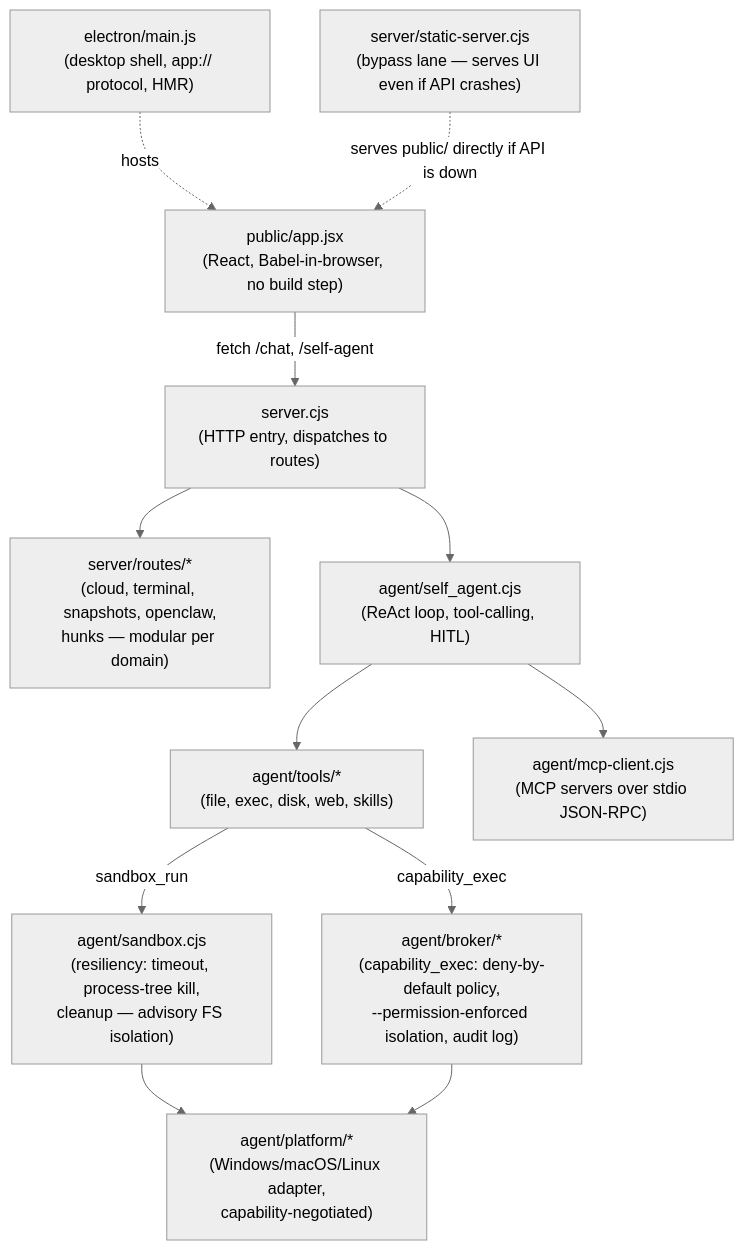
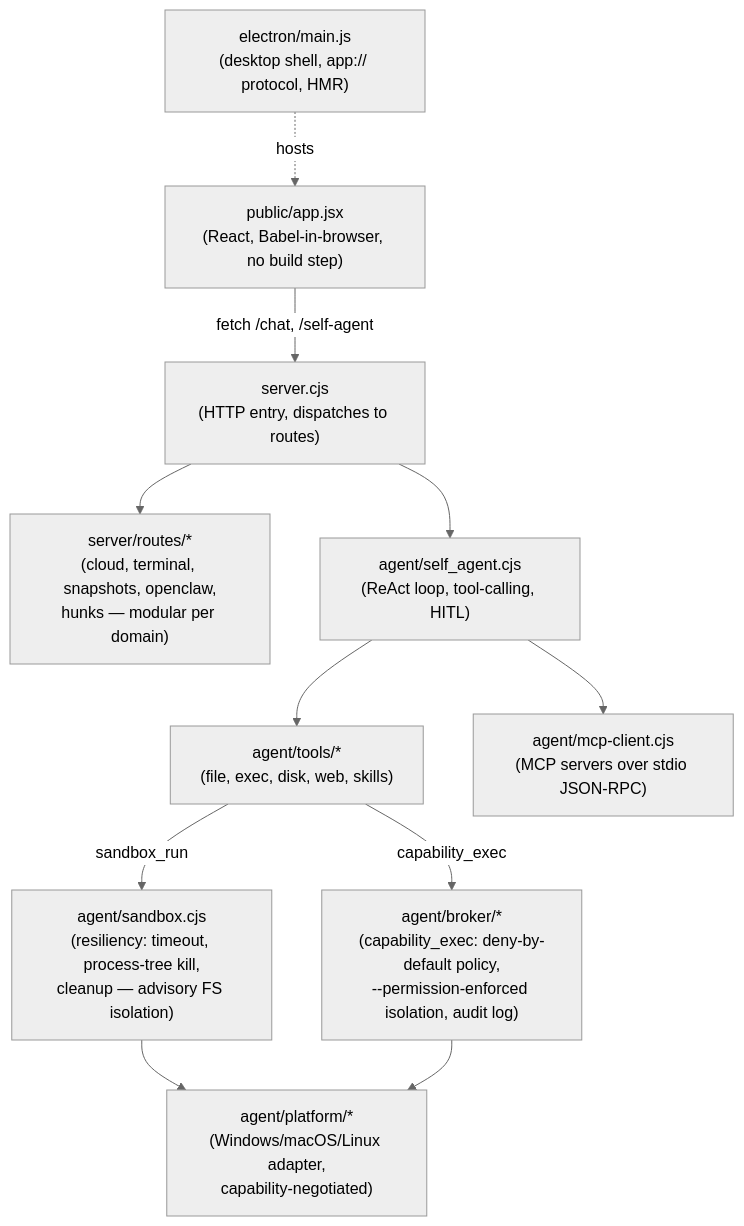
One commit to tegardave-alt/Wolfspace-ai-native changed the diagram in README.md. Above: the diagram before and after it, drawn with Mermaid (neutral theme). The commit also changed other lines of this file and 5 other files, not shown here.

````diff
--- a/README.md
+++ b/README.md
@@ -156,26 +161,24 @@
 ```mermaid
 graph TD
     Shell["electron/main.js<br/>(desktop shell, app:// protocol, HMR)"]
     UI["public/app.jsx<br/>(React, Babel-in-browser, no build step)"]
-    Static["server/static-server.cjs<br/>(bypass lane — serves UI even if API crashes)"]
     API["server.cjs<br/>(HTTP entry, dispatches to routes)"]
     Routes["server/routes/*<br/>(cloud, terminal, snapshots, openclaw,<br/>hunks — modular per domain)"]
     Agent["agent/self_agent.cjs<br/>(ReAct loop, tool-calling, HITL)"]
     Tools["agent/tools/*<br/>(file, exec, disk, web, skills)"]
     MCP["agent/mcp-client.cjs<br/>(MCP servers over stdio JSON-RPC)"]
     Sandbox["agent/sandbox.cjs<br/>(resiliency: timeout, process-tree kill,<br/>cleanup — advisory FS isolation)"]
     Broker["agent/broker/*<br/>(capability_exec: deny-by-default policy,<br/>--permission-enforced isolation, audit log)"]
     Platform["agent/platform/*<br/>(Windows/macOS/Linux adapter,<br/>capability-negotiated)"]
 
     Shell -.->|hosts| UI
     UI -->|fetch /chat, /self-agent| API
-    Static -.->|serves public/ directly if API is down| UI
     API --> Routes
     API --> Agent
     Agent --> Tools
     Agent --> MCP
     Tools -->|sandbox_run| Sandbox
     Tools -->|capability_exec| Broker
     Sandbox --> Platform
     Broker --> Platform
 ```
````
